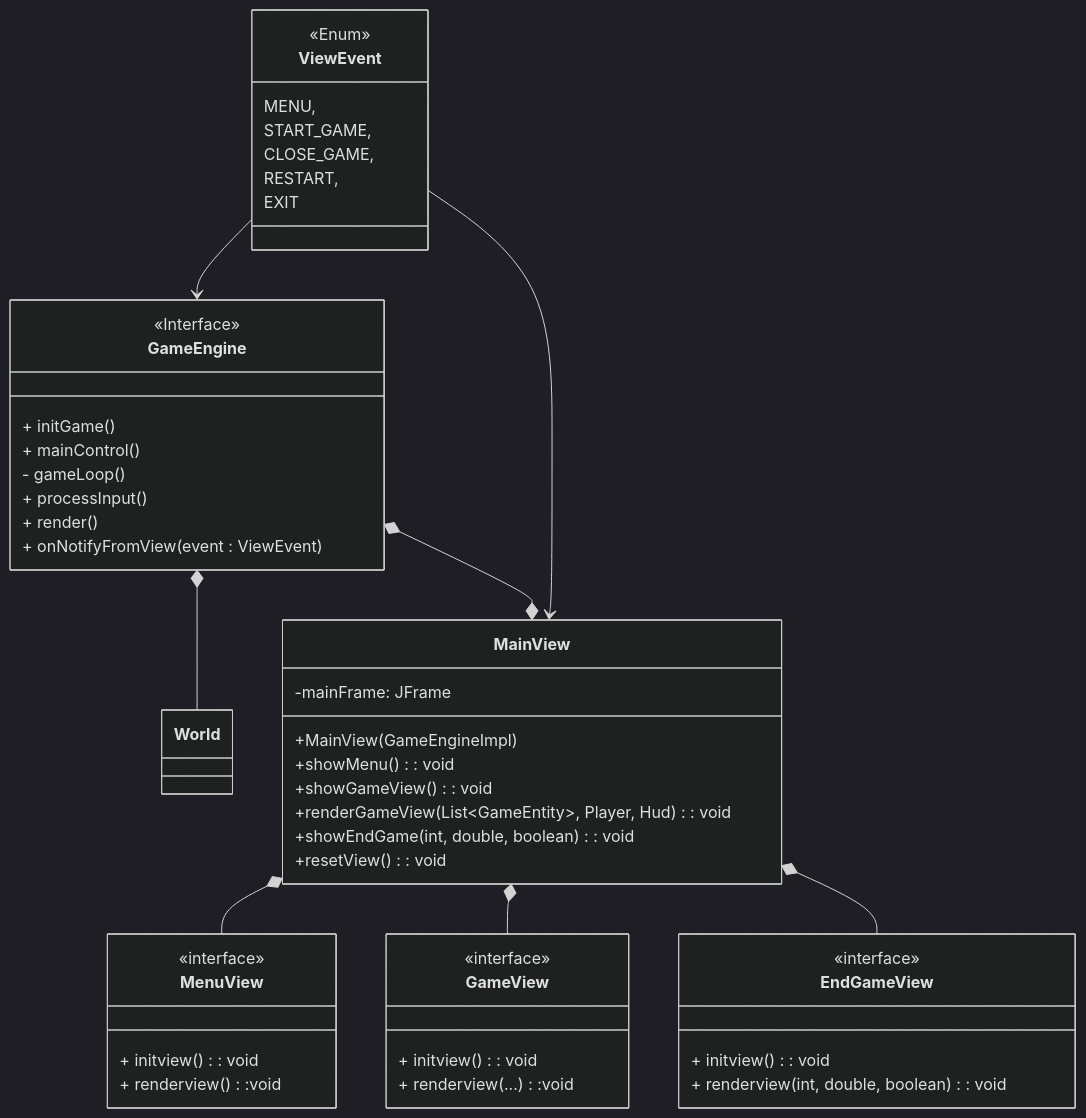
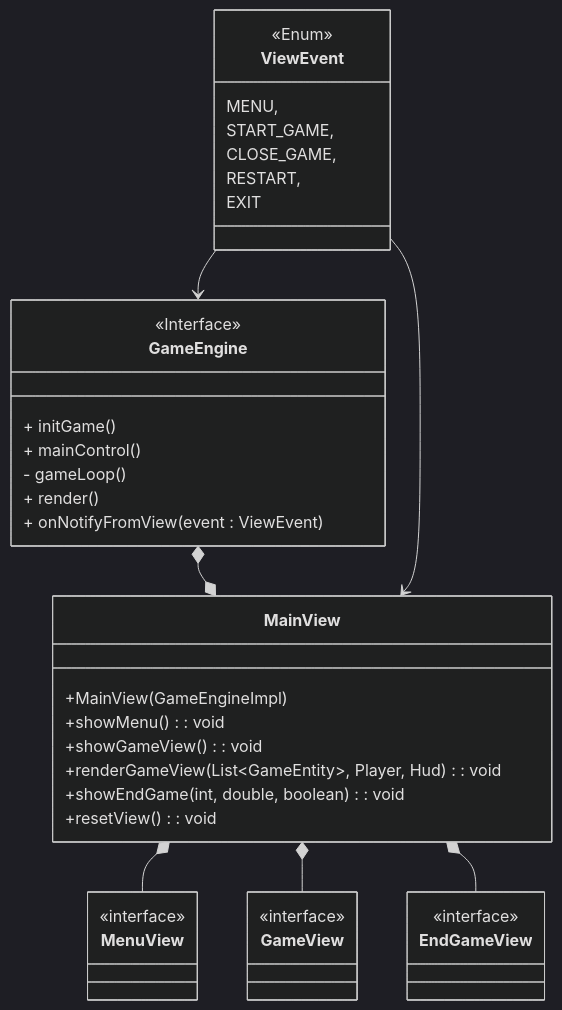
Diagram 11 of 14 in report.md (unibo-oop-projects/OOP23-FilippoMassariFilippoMassari6studio-MatteoBagnolini-FilippoMassari-SaadElMaliki-Matteo-SUPSON), drawn with Mermaid (dark theme) before and after one commit. The commit also changed other lines of this file, not shown here.

````diff
--- a/report.md
+++ b/report.md
@@ -491,52 +491,42 @@
 ```mermaid
 classDiagram
     class ViewEvent {
     <<Enum>>
     MENU,
     START_GAME,
     CLOSE_GAME,
     RESTART,
     EXIT
     }
     class MainView {
-        -mainFrame: JFrame
         +MainView(GameEngineImpl)
         +showMenu(): void
         +showGameView(): void
         +renderGameView(List~GameEntity~, Player, Hud): void
         +showEndGame(int, double, boolean): void
         +resetView(): void
     }
     class GameEngine {
         <<Interface>>
         + initGame()
         + mainControl()
         - gameLoop()
-        + processInput()
         + render()
         + onNotifyFromView(event : ViewEvent)
     }
     class MenuView {
         <<interface>>
-        + initview() : void
-        + renderview() :void
     }
     class GameView {
         <<interface>>
-        + initview() : void
-        + renderview(...) :void
     }
     class EndGameView {
         <<interface>>
-        + initview() : void
-        + renderview(int, double, boolean) : void
     }
-
-    GameEngine *-- World
     GameEngine *--* MainView
     ViewEvent --> GameEngine
     ViewEvent --> MainView
     MainView *-- MenuView
     MainView *-- GameView
     MainView *-- EndGameView
 ```
````
